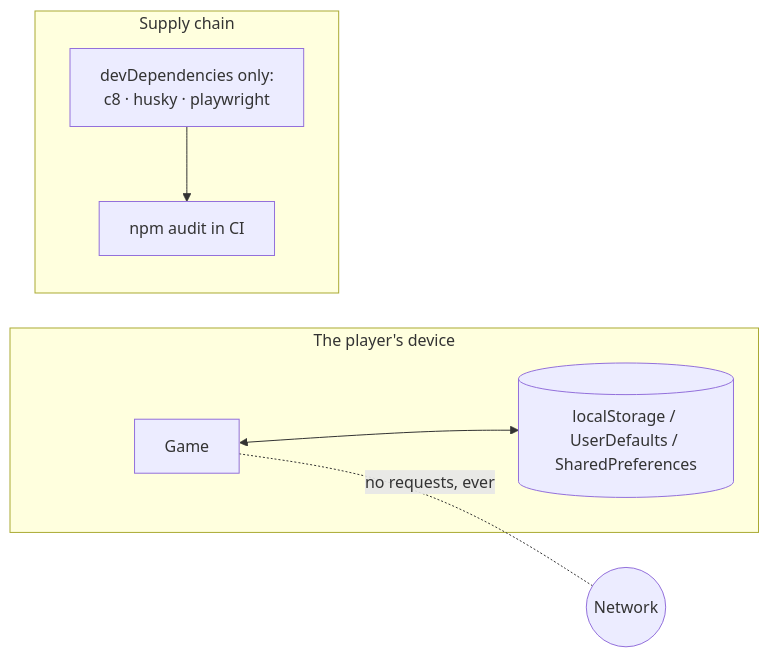
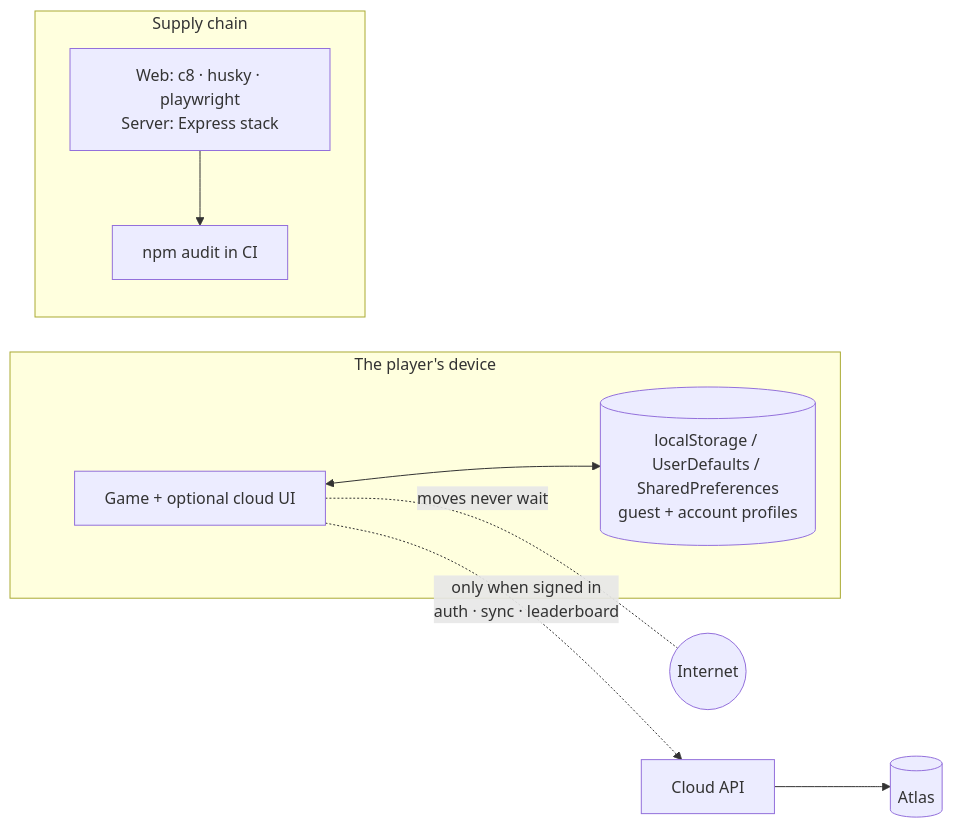
Diagram 46 of 47 in ARCHITECTURE.md (hoangsonww/2048-Game), drawn with Mermaid before and after one commit. The commit also changed other lines of this file, not shown here.

First line of the commit message:
Expand ARCHITECTURE.md into a full system reference.

````diff
--- a/ARCHITECTURE.md
+++ b/ARCHITECTURE.md
@@ -1499,17 +1948,19 @@
 ```mermaid
 flowchart LR
     subgraph Device[The player's device]
-        App[Game]
-        Store[(localStorage / UserDefaults / SharedPreferences)]
+        App[Game + optional cloud UI]
+        Store[(localStorage / UserDefaults / SharedPreferences<br/>guest + account profiles)]
         App <--> Store
     end
 
-    Net((Network))
-    App -. "no requests, ever" .- Net
+    Net((Internet))
+    App -.->|only when signed in<br/>auth · sync · leaderboard| API[Cloud API]
+    API --> Atlas[(Atlas)]
+    App -. "moves never wait" .- Net
 
     subgraph Supply[Supply chain]
-        Dep["devDependencies only:<br/>c8 · husky · playwright"]
+        Dep["Web: c8 · husky · playwright<br/>Server: Express stack"]
         Audit[npm audit in CI]
         Dep --> Audit
     end
 ```
````
